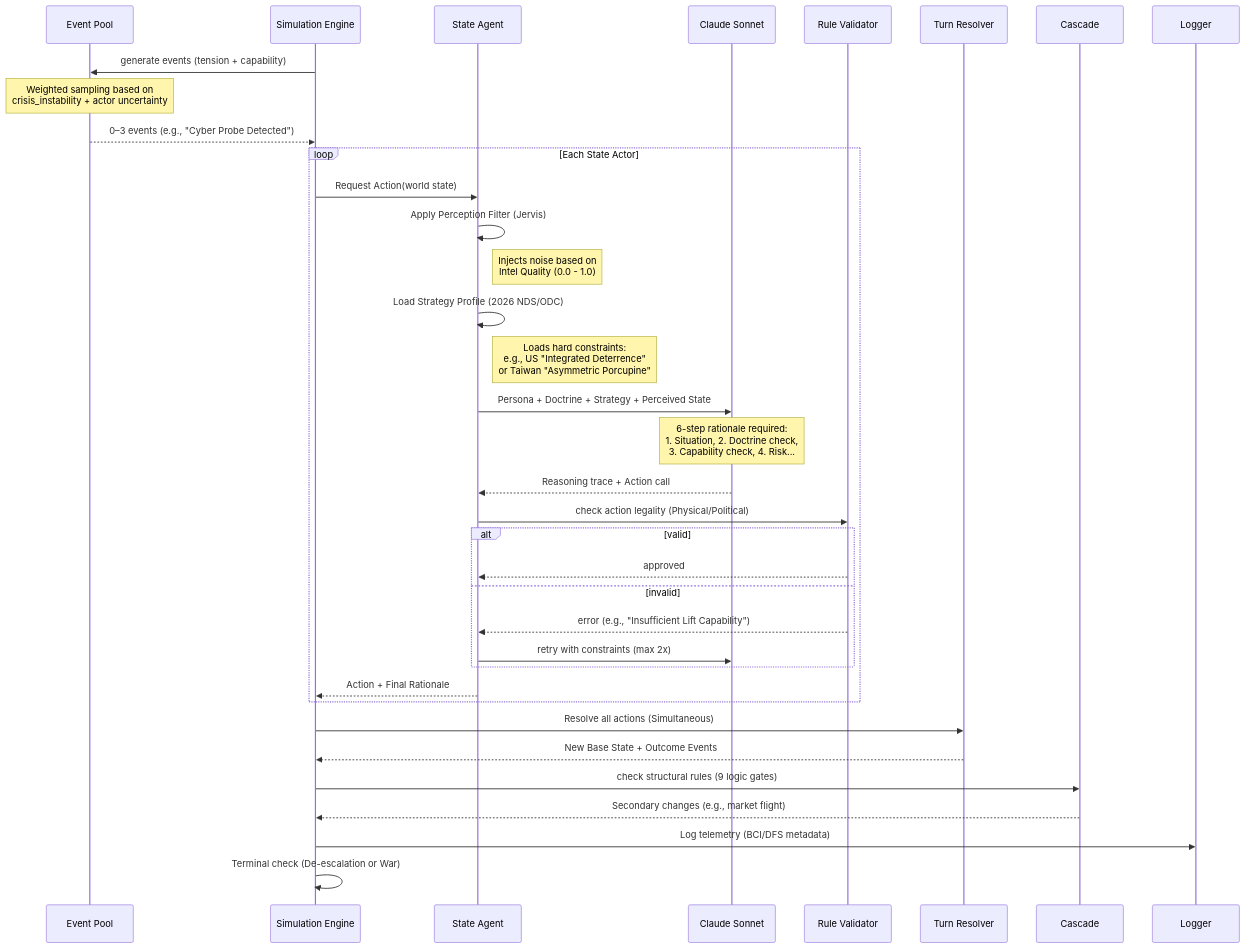
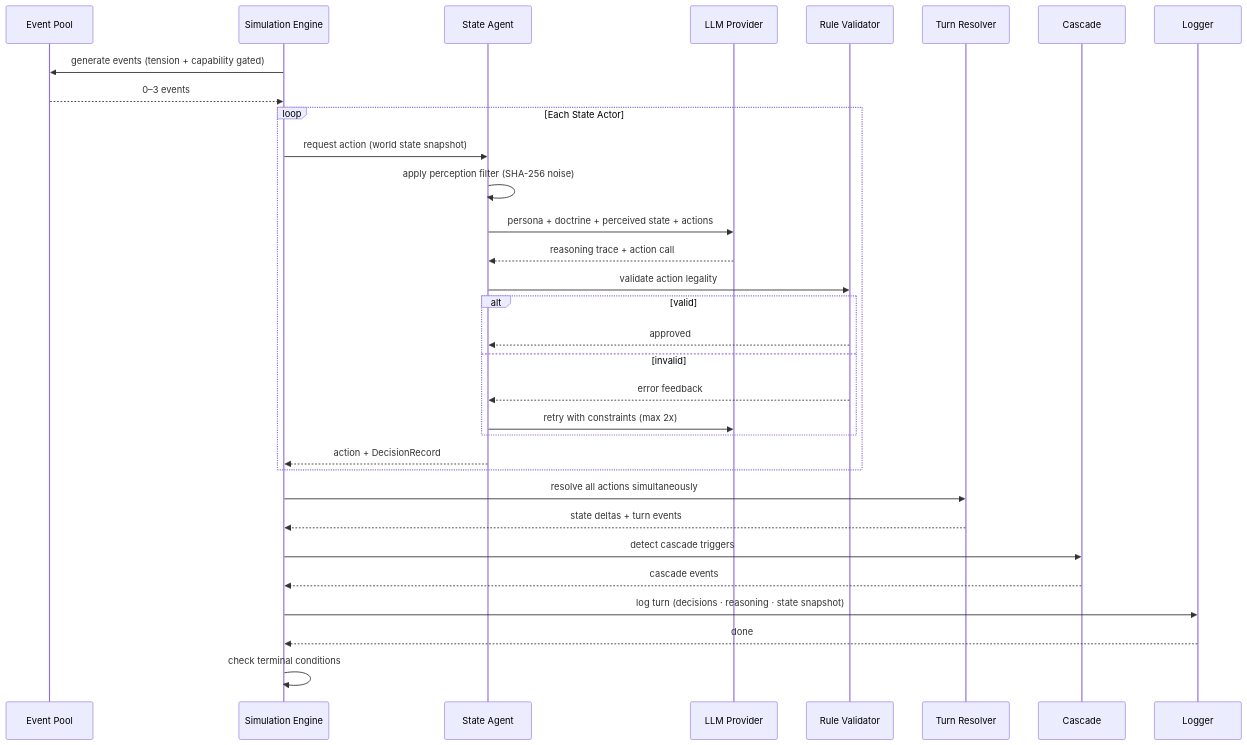
One commit to DanielreshGithub/OSE changed the third of 3 diagrams in README.md. Above: the diagram before and after it, drawn with Mermaid. The commit also changed other lines of this file and 18 other files, not shown here.

Commit message:
feat: add ose launcher and expand doctrine actions

````diff
--- a/README.md
+++ b/README.md
@@ -168,47 +157,37 @@
 ```mermaid
 sequenceDiagram
-    participant Scenario as Event Pool
+    participant Pool as Event Pool
     participant Engine as Simulation Engine
     participant Agent as State Agent
-    participant LLM as Claude Sonnet
+    participant LLM as LLM Provider
     participant Validator as Rule Validator
     participant Resolver as Turn Resolver
     participant Cascade
     participant Logger
 
-    Engine->>Scenario: generate events (tension + capability)
-    Note over Scenario: Weighted sampling based on<br/>crisis_instability + actor uncertainty
-    Scenario-->>Engine: 0–3 events (e.g., "Cyber Probe Detected")
+    Engine->>Pool: generate events (tension + capability gated)
+    Pool-->>Engine: 0–3 events
 
     loop Each State Actor
-        Engine->>Agent: Request Action(world state)
-        Agent->>Agent: Apply Perception Filter (Jervis)
-        Note right of Agent: Injects noise based on<br/>Intel Quality (0.0 - 1.0)
-        
-        Agent->>Agent: Load Strategy Profile (2026 NDS/ODC)
-        Note right of Agent: Loads hard constraints:<br/>e.g., US "Integrated Deterrence"<br/>or Taiwan "Asymmetric Porcupine"
-        
-        Agent->>LLM: Persona + Doctrine + Strategy + Perceived State
-        Note over LLM: 6-step rationale required:<br/>1. Situation, 2. Doctrine check,<br/>3. Capability check, 4. Risk...
-        
-        LLM-->>Agent: Reasoning trace + Action call
-        
-        Agent->>Validator: check action legality (Physical/Political)
+        Engine->>Agent: request action (world state snapshot)
+        Agent->>Agent: apply perception filter (SHA-256 noise)
+        Agent->>LLM: persona + doctrine + perceived state + actions
+        LLM-->>Agent: reasoning trace + action call
+        Agent->>Validator: validate action legality
         alt valid
             Validator-->>Agent: approved
         else invalid
-            Validator-->>Agent: error (e.g., "Insufficient Lift Capability")
+            Validator-->>Agent: error feedback
             Agent->>LLM: retry with constraints (max 2x)
         end
-        Agent-->>Engine: Action + Final Rationale
+        Agent-->>Engine: action + DecisionRecord
     end
 
-    Engine->>Resolver: Resolve all actions (Simultaneous)
-    Resolver-->>Engine: New Base State + Outcome Events
-
-    Engine->>Cascade: check structural rules (9 logic gates)
-    Cascade-->>Engine: Secondary changes (e.g., market flight)
-
-    Engine->>Logger: Log telemetry (BCI/DFS metadata)
-    Engine->>Engine: Terminal check (De-escalation or War)
+    Engine->>Resolver: resolve all actions simultaneously
+    Resolver-->>Engine: state deltas + turn events
+    Engine->>Cascade: detect cascade triggers
+    Cascade-->>Engine: cascade events
+    Engine->>Logger: log turn (decisions · reasoning · state snapshot)
+    Logger-->>Engine: done
+    Engine->>Engine: check terminal conditions
 ```
````
